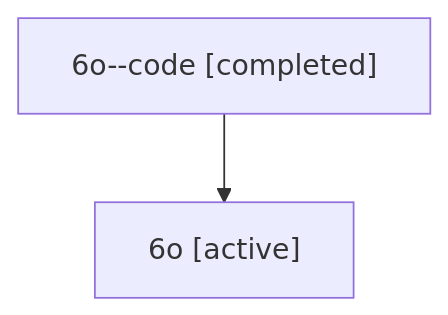
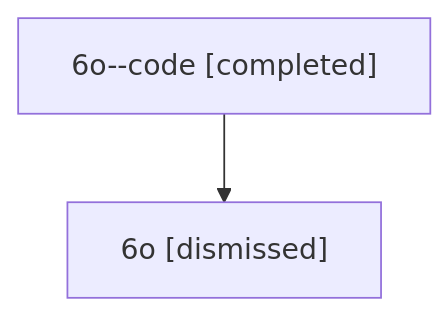
One commit to sase-org/sase--agents changed the diagram in sessions/bbugyi200.athena.6o.md. Above: the diagram before and after it, drawn with Mermaid. The commit also changed other lines of this file and 16 other files, not shown here.

````diff
--- a/sessions/bbugyi200.athena.6o.md
+++ b/sessions/bbugyi200.athena.6o.md
@@ -9,6 +9,6 @@
 ```mermaid
 flowchart TD
   n0["6o--code [completed]"]
-  n1["6o [active]"]
+  n1["6o [dismissed]"]
   n0 --> n1
 ```
````
